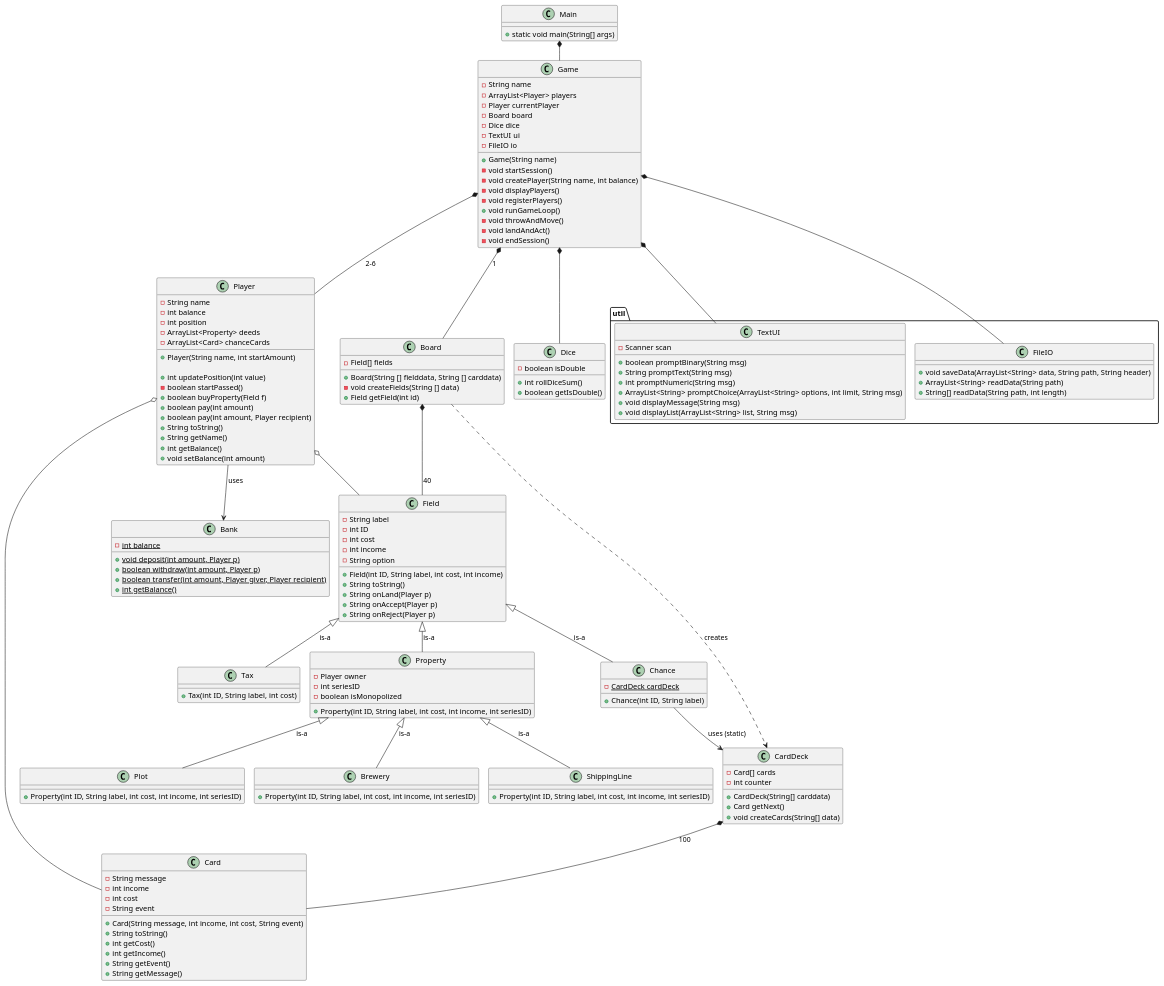
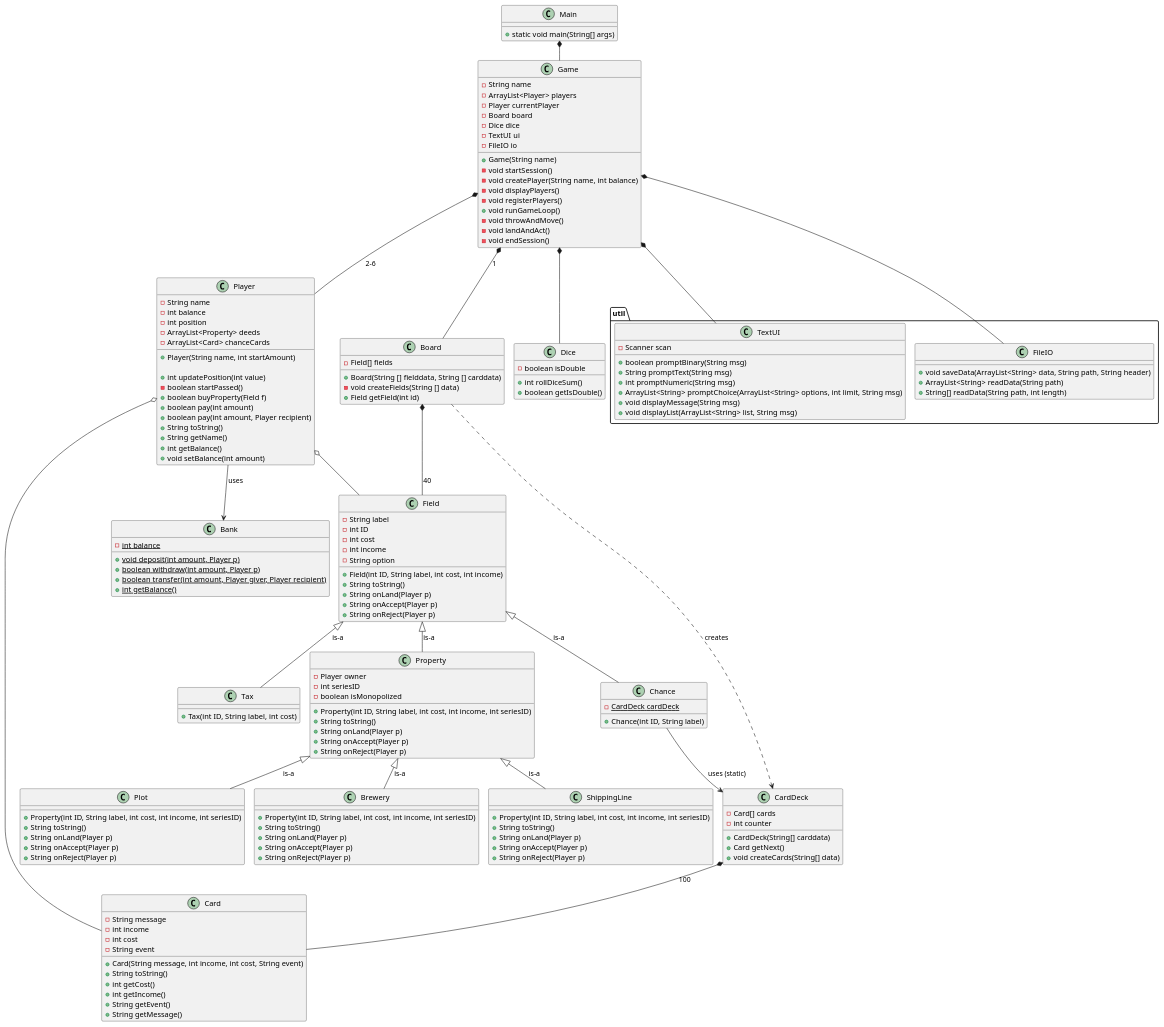
The diagram in doc/plan/static/classdiagram_v2.puml (Dat1Cphbusiness/MonopolyE25), drawn with PlantUML before and after one commit.

Commit message:
Updated UML

```diff
--- a/doc/plan/static/classdiagram_v2.puml
+++ b/doc/plan/static/classdiagram_v2.puml
@@ -1,175 +1,189 @@
 @startuml
 !pragma layout smetana
 
 class Main{
 + static void main(String[] args)
 }
 
 
 
 
 class Game{
  - String name
  - ArrayList<Player> players
  - Player currentPlayer
  - Board board
  - Dice dice
  'utilities
   - TextUI ui
   - FileIO io
   'Contructor
  + Game(String name)
  'Methods
  - void startSession()
  - void createPlayer(String name, int balance)
  - void displayPlayers()
  - void registerPlayers()
  + void runGameLoop()
  - void throwAndMove()
  - void landAndAct()
  - void endSession()
 
 }
 
 class Player{
 - String name
 - int balance
 - int position
 - ArrayList<Property> deeds
 - ArrayList<Card> chanceCards
 
 + Player(String name, int startAmount)
 
 + int updatePosition(int value)
 - boolean startPassed()
 + boolean buyProperty(Field f)
 + boolean pay(int amount)
 + boolean pay(int amount, Player recipient)
 + String toString()
 + String getName()
 + int getBalance()
 + void setBalance(int amount)
 }
 
 class Bank{
 - {static} int balance
 + {static} void deposit(int amount, Player p)
 + {static} boolean withdraw(int amount, Player p)
 + {static} boolean transfer(int amount, Player giver, Player recipient)
 + {static} int getBalance()
 }
 
 class Field{
  - String label
  - int ID
  - int cost
  - int income
  - String option
  + Field(int ID, String label, int cost, int income)
  + String toString()
  + String onLand(Player p)
  + String onAccept(Player p)
  + String onReject(Player p)
 }
 class Board{
  - Field[] fields
  + Board(String [] fielddata, String [] carddata)
 'konstruktoren instansierer CardDeck med carddata som argument og tildeler til Chance.cardDeck
  - void createFields(String [] data)
  + Field getField(int id)
 
 }
 
 class Property{
  - Player owner
  - int seriesID
  - boolean isMonopolized
  + Property(int ID, String label, int cost, int income, int seriesID)
+ + String toString()
+  + String onLand(Player p)
+  + String onAccept(Player p)
+  + String onReject(Player p)
 }
 
 class Plot{
-
-
  + Property(int ID, String label, int cost, int income, int seriesID)
+ + String toString()
+  + String onLand(Player p)
+  + String onAccept(Player p)
+  + String onReject(Player p)
  }
 
  class Brewery{
 
   + Property(int ID, String label, int cost, int income, int seriesID)
+  + String toString()
+   + String onLand(Player p)
+   + String onAccept(Player p)
+   + String onReject(Player p)
   }
 
   class ShippingLine{
 
    + Property(int ID, String label, int cost, int income, int seriesID)
+   + String toString()
+    + String onLand(Player p)
+    + String onAccept(Player p)
+    + String onReject(Player p)
    }
 
 class Chance{
  - {static} CardDeck cardDeck
  + Chance(int ID, String label)
 }
 class Tax{
  + Tax(int ID, String label, int cost)
 }
 class CardDeck {
 - Card[] cards
 - int counter
 + CardDeck(String[] carddata)
 + Card getNext()
 + void createCards(String[] data)
 }
 class Card{
 -String message
 -int income
 -int cost
 -String event
 +Card(String message, int income, int cost, String event)
 +String toString()
 + int getCost()
 + int getIncome()
 + String getEvent()
 + String getMessage()
 }
 
 class Dice{
  - boolean isDouble
  +int rollDiceSum()
  +boolean getIsDouble()
  }
 package "util" {
 class TextUI {
 - Scanner scan
 + boolean promptBinary(String msg)
 + String promptText(String msg)
 + int promptNumeric(String msg)
 + ArrayList<String> promptChoice(ArrayList<String> options, int limit, String msg)
 + void displayMessage(String msg)
 + void displayList(ArrayList<String> list, String msg)
 }
 
 class FileIO{
 + void saveData(ArrayList<String> data, String path, String header)
 + ArrayList<String> readData(String path)
 + String[] readData(String path, int length)
 }
 }
 Field <|-- Property: is-a
 Field <|-- Chance: is-a
 Field <|-- Tax: is-a
 Property <|-- Plot: is-a
 Property <|-- Brewery: is-a
  Property <|-- ShippingLine: is-a
 Game *-- TextUI
 Main *-- Game
 Game *-- Player: 2-6
 Game *-- FileIO
 Player --> Bank:uses
 Game *-- Board:1
 Board *-- Field:40
 Board ..> CardDeck : creates
 Chance --> CardDeck : uses (static)
 CardDeck *-- Card:100
 Game *-- Dice
 Player o-- Card
 Player o-- Field
 
 @enduml
```
